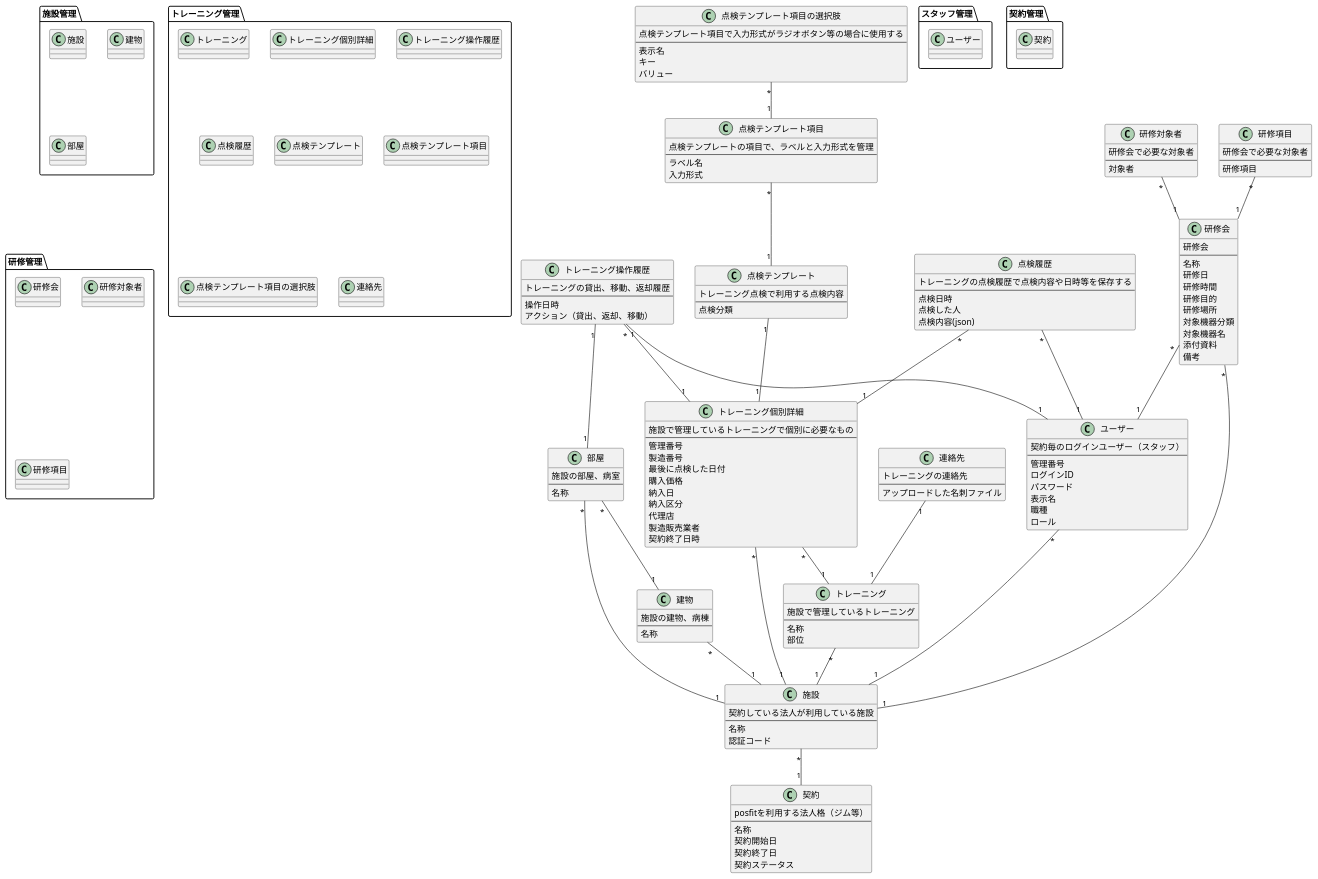
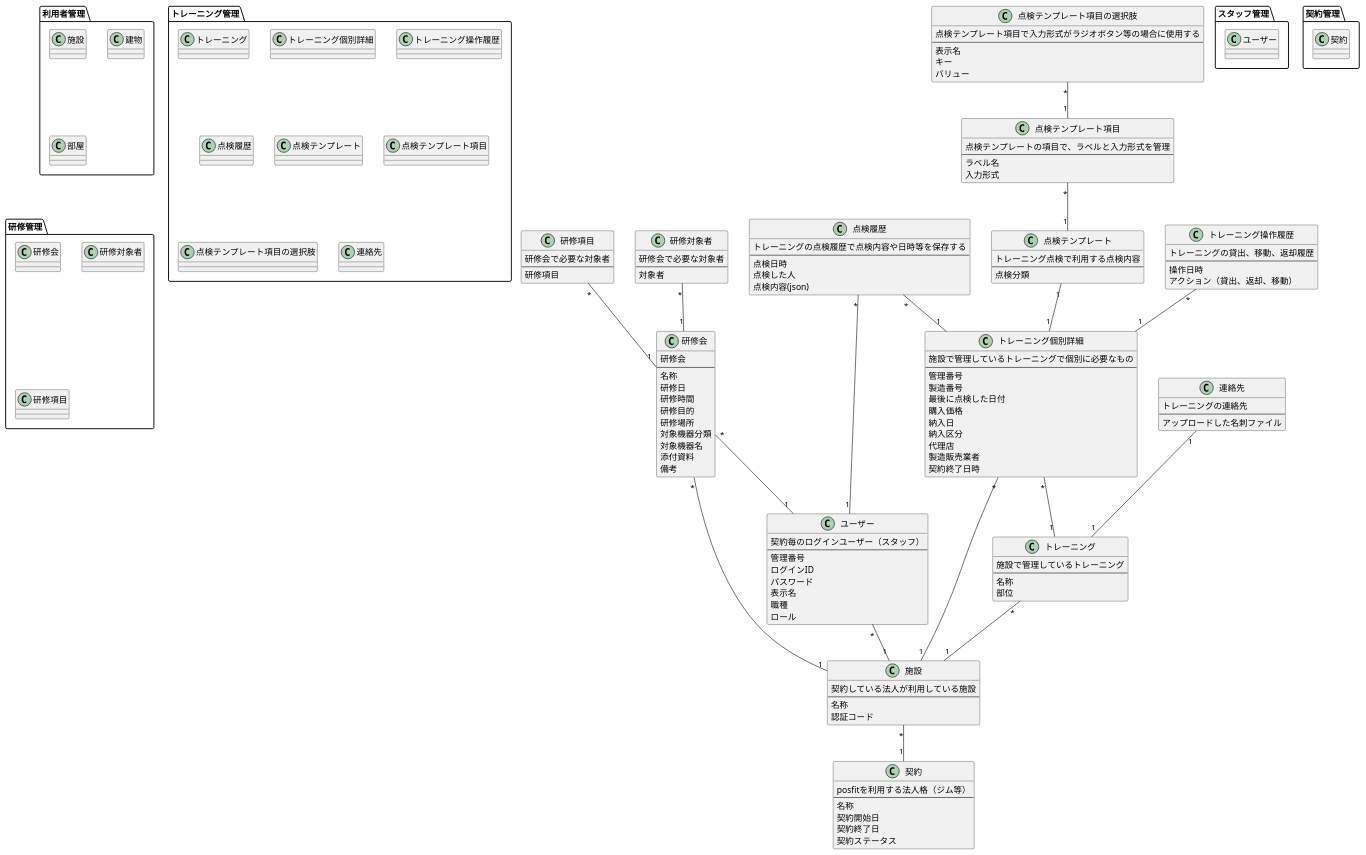
Before and after one commit to autofit-hackers/autofit: the diagram in docs/db/posefit.puml, drawn with PlantUML. The commit also changed 4 other files, not shown here.

```diff
--- a/docs/db/posefit.puml
+++ b/docs/db/posefit.puml
@@ -1,183 +1,168 @@
 @startuml domain-model
+
+package 利用者管理 {
+  class 施設
+  class 建物
+  class 部屋
+}
 
 package スタッフ管理 {
   class ユーザー
 }
 
 package 契約管理 {
   class 契約
 }
 
-package 施設管理 {
-  class 施設
-  class 建物
-  class 部屋
-}
 
 package トレーニング管理 {
   class トレーニング
   class トレーニング個別詳細
   class トレーニング操作履歴
   class 点検履歴
   class 点検テンプレート
   class 点検テンプレート項目
   class 点検テンプレート項目の選択肢
   class 連絡先
 }
 
 package 研修管理 {
   class 研修会
   class 研修対象者
   class 研修項目
 }
 
 class 契約 {
   posfitを利用する法人格（ジム等）
   ---
   名称
   契約開始日
   契約終了日
   契約ステータス
 }
 
 class 施設 {
   契約している法人が利用している施設
   ---
   名称
   認証コード
 }
 施設 "*" -- "1" 契約
 
 class ユーザー {
   契約毎のログインユーザー（スタッフ）
   ---
   管理番号
   ログインID
   パスワード
   表示名
   職種
   ロール
 }
 ユーザー "*" -- "1" 施設
 
 class トレーニング {
   施設で管理しているトレーニング
   ---
   名称
   部位
 }
 トレーニング "*" -- "1" 施設
 
 class トレーニング個別詳細 {
   施設で管理しているトレーニングで個別に必要なもの
   ---
   管理番号
   製造番号
   最後に点検した日付
   購入価格
   納入日
   納入区分
   代理店
   製造販売業者
   契約終了日時
 }
 トレーニング個別詳細 "*" -- "1" 施設
 トレーニング個別詳細 "*" -- "1" トレーニング
 
 class 連絡先 {
   トレーニングの連絡先
   ---
   アップロードした名刺ファイル
 }
 連絡先 "1" -- "1" トレーニング
 
-class 建物 {
-  施設の建物、病棟
-  ---
-  名称
-}
-建物 "*" -- "1" 施設
-
-class 部屋 {
-  施設の部屋、病室
-  ---
-  名称
-}
-部屋 "*" -- "1" 施設
-部屋 "*" -- "1" 建物
 
 class トレーニング操作履歴 {
   トレーニングの貸出、移動、返却履歴
   ---
   操作日時
   アクション（貸出、返却、移動）
 }
 トレーニング操作履歴 "*" -- "1" トレーニング個別詳細
-トレーニング操作履歴 "1" -- "1" ユーザー
-トレーニング操作履歴 "1" -- "1" 部屋
 
 class 点検テンプレート {
   トレーニング点検で利用する点検内容
   ---
   点検分類
 }
 点検テンプレート "1" -- "1" トレーニング個別詳細
 
 class 点検テンプレート項目 {
   点検テンプレートの項目で、ラベルと入力形式を管理
   ---
   ラベル名
   入力形式
 }
 点検テンプレート項目 "*" -- "1" 点検テンプレート
 
 class 点検テンプレート項目の選択肢 {
   点検テンプレート項目で入力形式がラジオボタン等の場合に使用する
   ---
   表示名
   キー
   バリュー
 }
 点検テンプレート項目の選択肢 "*" -- "1" 点検テンプレート項目
 
 class 点検履歴 {
   トレーニングの点検履歴で点検内容や日時等を保存する
   ---
   点検日時
   点検した人
   点検内容(json)
 }
 点検履歴 "*" -- "1" トレーニング個別詳細
 点検履歴 "*" -- "1" ユーザー
 
 class 研修会 {
   研修会
   ---
   名称
   研修日
   研修時間
   研修目的
   研修場所
   対象機器分類
   対象機器名
   添付資料
   備考
 }
 研修会 "*" -- "1" 施設
 研修会 "*" -- "1" ユーザー
 
 class 研修対象者 {
   研修会で必要な対象者
   ---
   対象者
 }
 研修対象者 "*" -- "1" 研修会
 
 class 研修項目 {
   研修会で必要な対象者
   ---
   研修項目
 }
 研修項目 "*" -- "1" 研修会
 
 @enduml
```
